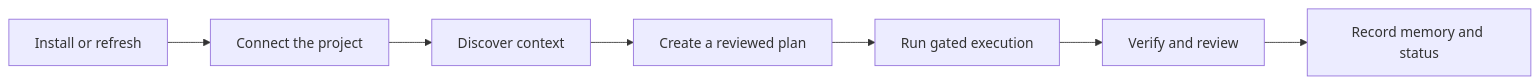
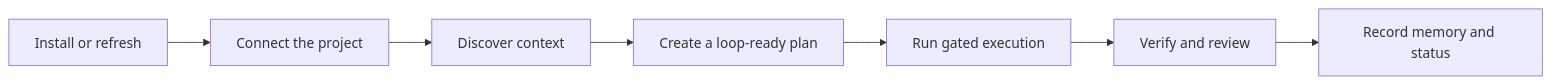
Before and after one commit to vTRKA/supervibe: the first of 4 diagrams in README.md, drawn with Mermaid. The commit also changed other lines of this file and 113 other files, not shown here.

````diff
--- a/README.md
+++ b/README.md
@@ -20,9 +20,9 @@
 ```mermaid
 flowchart LR
   A["Install or refresh"] --> B["Connect the project"]
   B --> C["Discover context"]
-  C --> D["Create a reviewed plan"]
+  C --> D["Create a loop-ready plan"]
   D --> E["Run gated execution"]
   E --> F["Verify and review"]
   F --> G["Record memory and status"]
 ```
````
